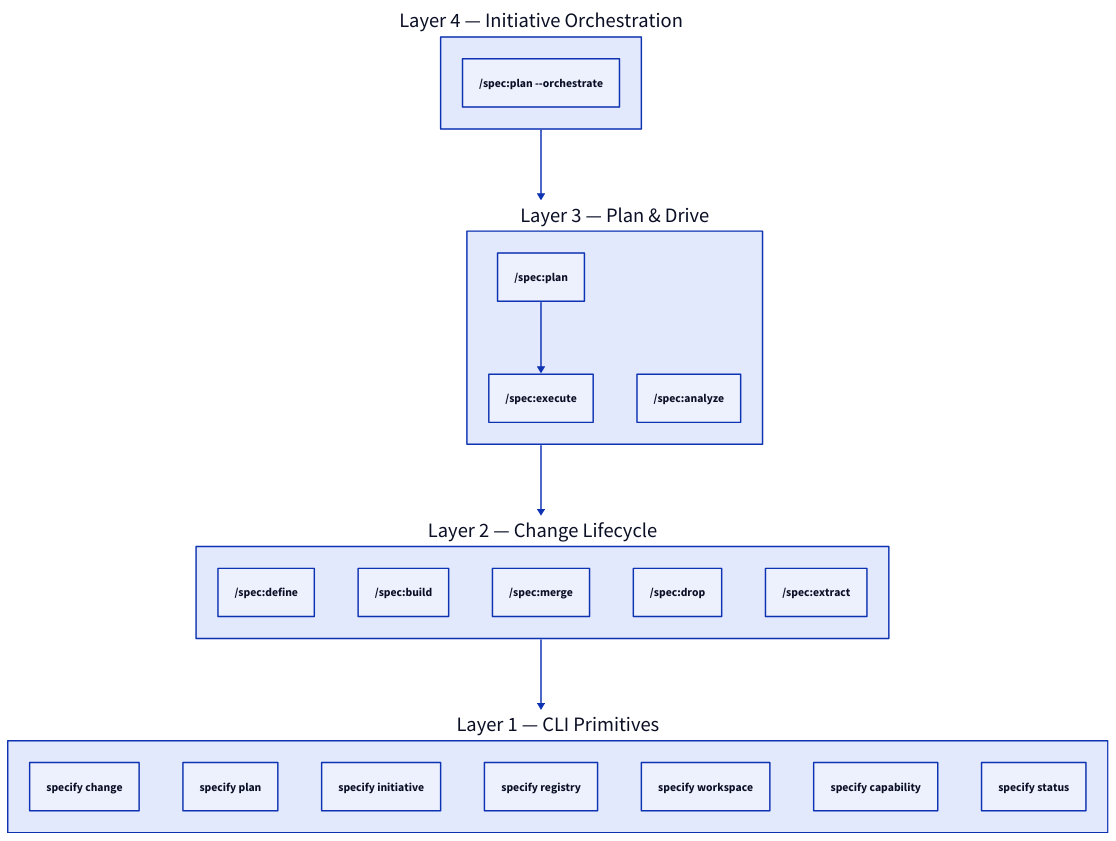
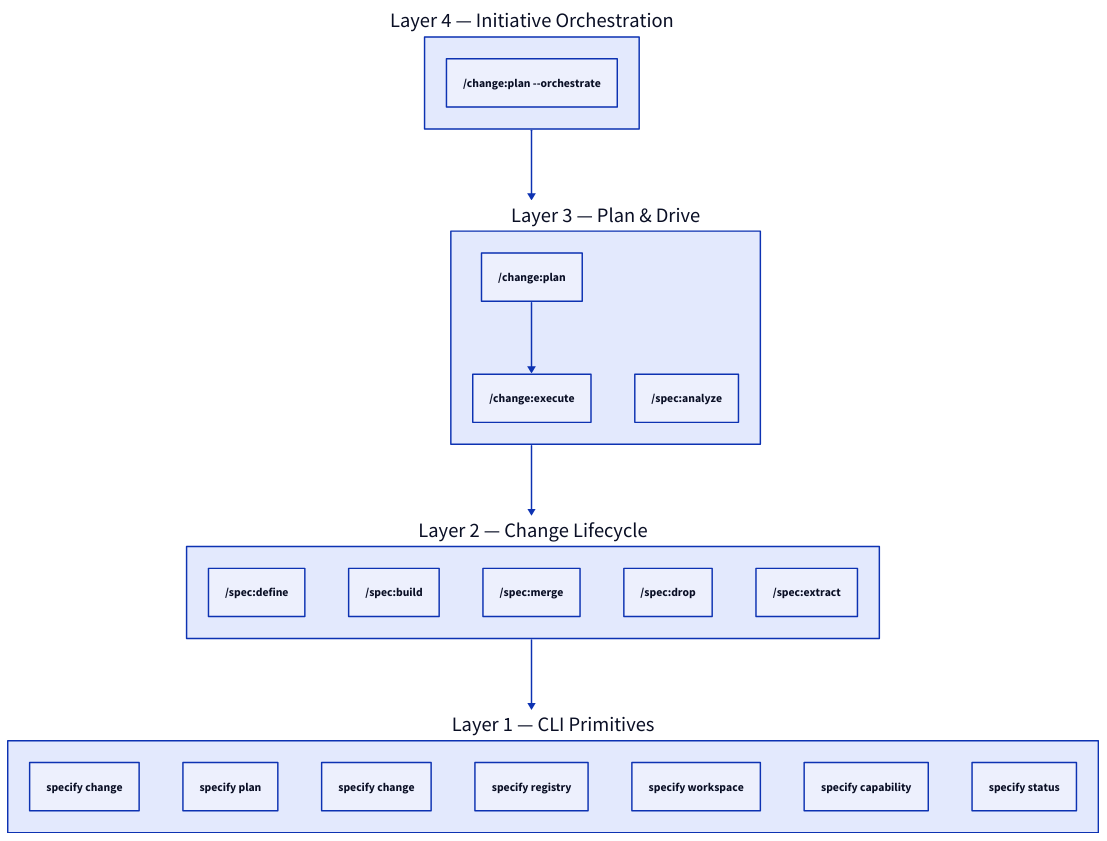
The diagram in docs/explanation/three-layer-stack.md (augentic/anvil), drawn with D2 before and after one commit. The commit also changed other lines of this file and 301 other files, not shown here.

````diff
--- a/docs/explanation/three-layer-stack.md
+++ b/docs/explanation/three-layer-stack.md
@@ -7,36 +7,36 @@
 ```d2
 direction: down
 
 Layer4: "Layer 4 — Initiative Orchestration" {
-  initiative: "/spec:plan --orchestrate"
+  initiative: "/change:plan --orchestrate"
 }
 
 Layer3: "Layer 3 — Plan & Drive" {
-  plan: "/spec:plan"
-  execute: "/spec:execute"
+  plan: "/change:plan"
+  execute: "/change:execute"
   analyze: "/spec:analyze"
   plan -> execute
 }
 
 Layer2: "Layer 2 — Change Lifecycle" {
   define: "/spec:define"
   build: "/spec:build"
   mergeSkill: "/spec:merge"
   drop: "/spec:drop"
   extract: "/spec:extract"
 }
 
 Layer1: "Layer 1 — CLI Primitives" {
   changeCli: "specify change"
   planCli: "specify plan"
-  initCli: "specify initiative"
+  initCli: "specify change"
   registryCli: "specify registry"
   workspaceCli: "specify workspace"
   capabilityCli: "specify capability"
   statusCli: "specify status"
 }
 
 Layer4 -> Layer3
 Layer3 -> Layer2
 Layer2 -> Layer1
 ```
````
